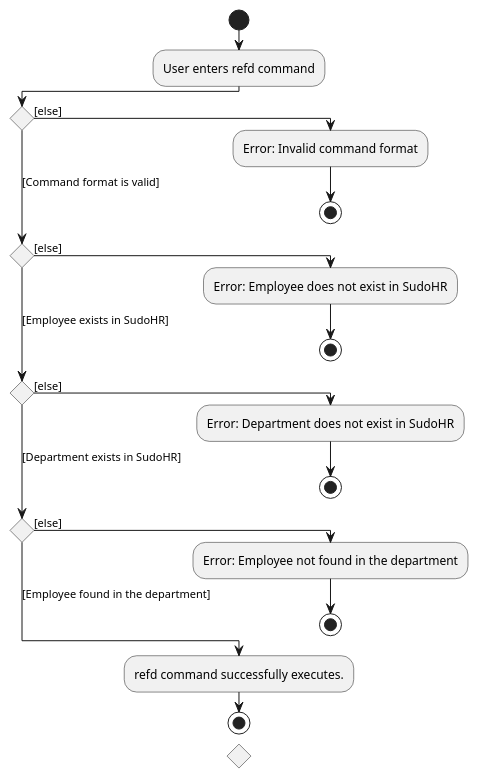
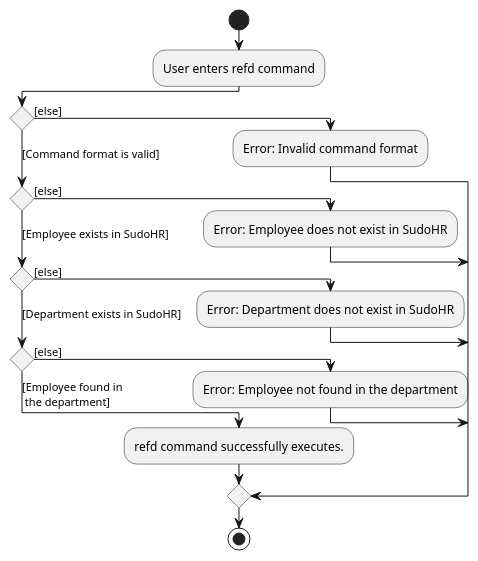
One commit to nus-cs2103-AY2223S2/tp changed the diagram in docs/diagrams/commands/department/RemoveEmployeeFromDepartmentActivityDiagram.puml. Above: the diagram before and after it, drawn with PlantUML. The commit also changed 12 other files, not shown here.

Commit message:
Update activity diagrams

```diff
--- a/docs/diagrams/commands/department/RemoveEmployeeFromDepartmentActivityDiagram.puml
+++ b/docs/diagrams/commands/department/RemoveEmployeeFromDepartmentActivityDiagram.puml
@@ -2,21 +2,19 @@
 @startuml
 !pragma useVerticalIf on
 start
 :User enters refd command;
 if () then ([else])
   :Error: Invalid command format;
-  stop
 ([Command format is valid])elseif () then ([else])
   :Error: Employee does not exist in SudoHR;
-  stop
 ([Employee exists in SudoHR])elseif () then ([else])
  :Error: Department does not exist in SudoHR;
-  stop
 ([Department exists in SudoHR])elseif () then ([else])
   :Error: Employee not found in the department;
-  stop
- else ([Employee found in the department])
+ else ([Employee found in
+ the department])
   :refd command successfully executes.;
+  endif
 stop
 
 @enduml
```
